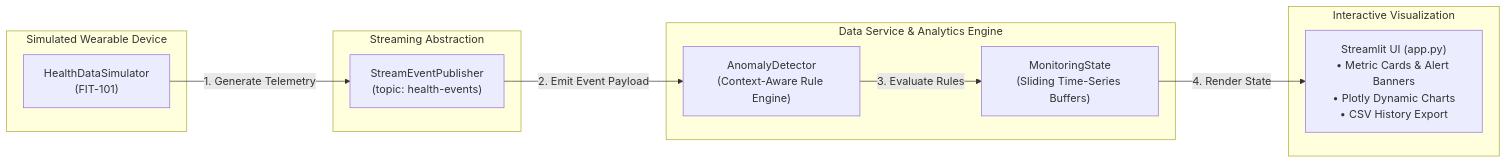
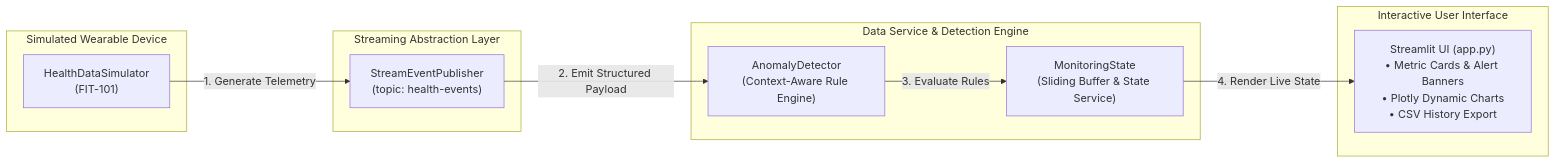
Before and after one commit to komal-004/VitalSync: the first of 2 diagrams in README.md, drawn with Mermaid. The commit also changed other lines of this file, not shown here.

Commit message:
docs: comprehensive README with 10 scenarios, macOS & Windows setup, and cloud architecture

````diff
--- a/README.md
+++ b/README.md
@@ -56,24 +56,24 @@
 ```mermaid
 flowchart LR
     subgraph Edge["Simulated Wearable Device"]
         A["HealthDataSimulator<br/>(FIT-101)"]
     end
 
-    subgraph Streaming["Streaming Abstraction"]
+    subgraph Streaming["Streaming Abstraction Layer"]
         B["StreamEventPublisher<br/>(topic: health-events)"]
     end
 
-    subgraph Analytics["Data Service & Analytics Engine"]
+    subgraph Analytics["Data Service & Detection Engine"]
         C["AnomalyDetector<br/>(Context-Aware Rule Engine)"]
-        D["MonitoringState<br/>(Sliding Time-Series Buffers)"]
+        D["MonitoringState<br/>(Sliding Buffer & State Service)"]
     end
 
-    subgraph Dashboard["Interactive Visualization"]
+    subgraph Dashboard["Interactive User Interface"]
         E["Streamlit UI (app.py)<br/>• Metric Cards & Alert Banners<br/>• Plotly Dynamic Charts<br/>• CSV History Export"]
     end
 
     A -->|"1. Generate Telemetry"| B
-    B -->|"2. Emit Event Payload"| C
+    B -->|"2. Emit Structured Payload"| C
     C -->|"3. Evaluate Rules"| D
-    D -->|"4. Render State"| E
+    D -->|"4. Render Live State"| E
 ```
````
